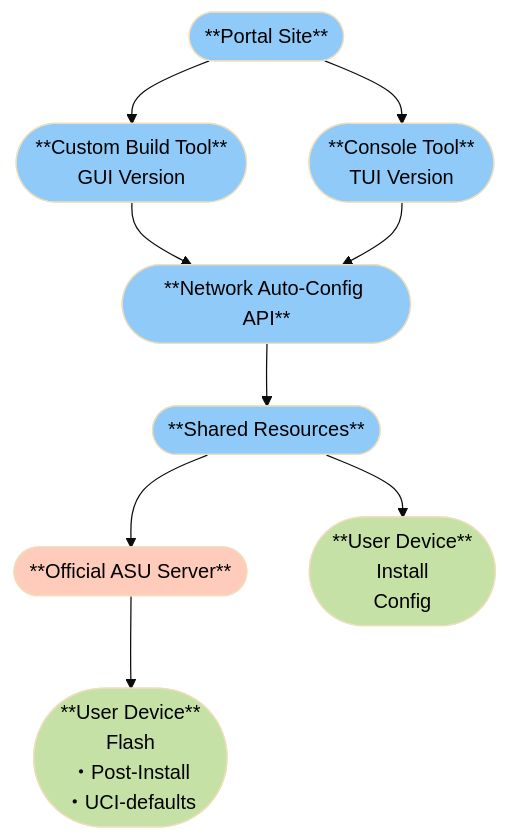
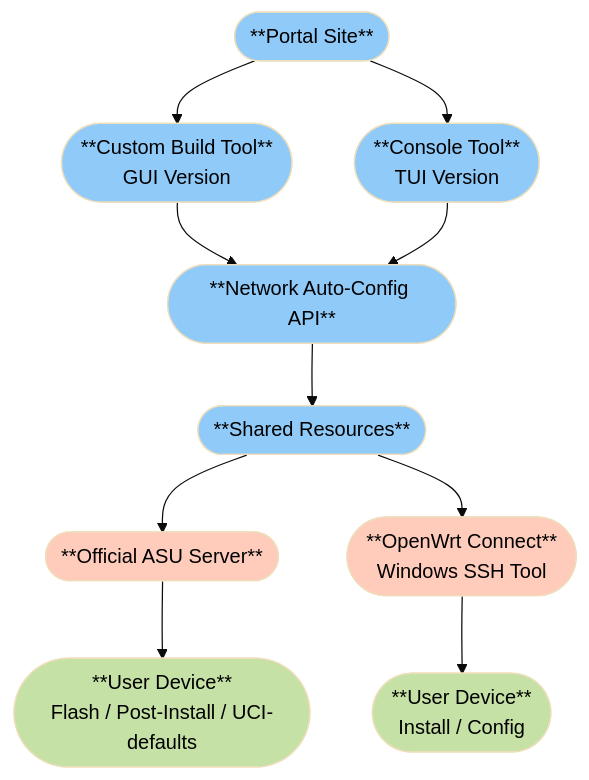
One commit to site-u2023/site-u2023.github.io changed the diagram in README.md. Above: the diagram before and after it, drawn with Mermaid (base theme).

````diff
--- a/README.md
+++ b/README.md
@@ -18,29 +18,30 @@
 ```mermaid
 graph TB
 A([**Portal Site**])
 B([**Custom Build Tool**<br/>GUI Version])
 C([**Console Tool**<br/>TUI Version])
 D([**Network Auto-Config API**])
 F([**Shared Resources**])
 E([**Official ASU Server**])
-G1([**User Device**<br/>Flash<br/>・Post-Install<br/>・UCI-defaults])
-G2([**User Device**<br/>Install<br/>Config])
-
+H([**OpenWrt Connect**<br/>Windows SSH Tool])
+G1([**User Device**<br/>Flash / Post-Install / UCI-defaults])
+G2([**User Device**<br/>Install / Config])
 A --> B
 A --> C
 B --> D
 C --> D
 D --> F
 F --> E
+F --> H
 E --> G1
-F --> G2
-
+H --> G2
 style A fill:#90caf9,color:#000
 style B fill:#90caf9,color:#000
 style C fill:#90caf9,color:#000
 style D fill:#90caf9,color:#000
 style E fill:#ffccbc,color:#000
 style F fill:#90caf9,color:#000
+style H fill:#ffccbc,color:#000
 style G1 fill:#c5e1a5,color:#000
 style G2 fill:#c5e1a5,color:#000
 ```
````
